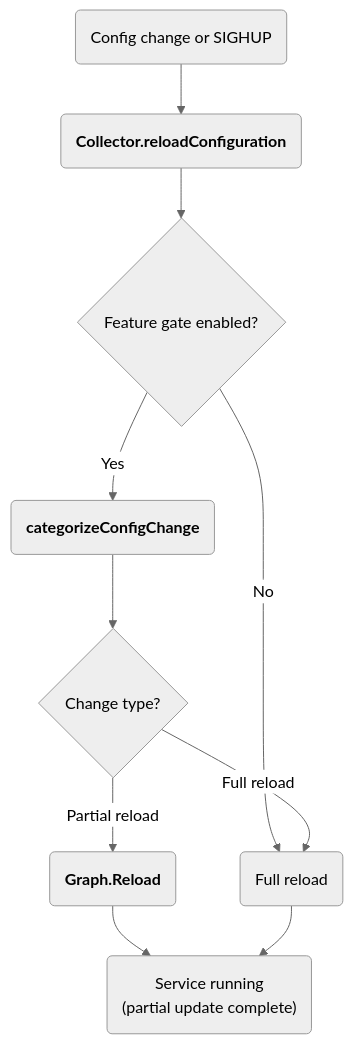
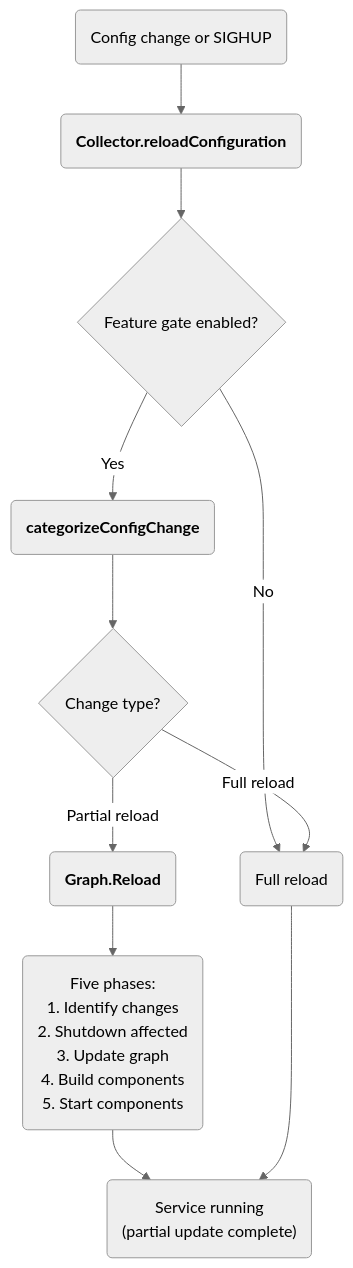
One commit to open-telemetry/opentelemetry-collector changed the third of 3 diagrams in docs/internal-architecture.md. Above: the diagram before and after it, drawn with Mermaid (neutral theme). The commit also changed other lines of this file, not shown here.

Commit message:
docs: Update partial reload documentation with accurate phases and examples

````diff
--- a/docs/internal-architecture.md
+++ b/docs/internal-architecture.md
@@ -86,13 +192,19 @@
 ```mermaid
 flowchart TD
     A("`Config change or SIGHUP`") --> B("`**Collector.reloadConfiguration**`")
     B --> C{"`Feature gate enabled?`"}
     C -->|No| H("`Full reload`")
     C -->|Yes| D("`**categorizeConfigChange**`")
     D --> E{"`Change type?`"}
     E -->|Partial reload| F("`**Graph.Reload**`")
     E -->|Full reload| H
-    F --> I("`Service running
+    F --> G("`Five phases:
+    1. Identify changes
+    2. Shutdown affected
+    3. Update graph
+    4. Build components
+    5. Start components`")
+    G --> I("`Service running
     (partial update complete)`")
     H --> I
 ```
````
